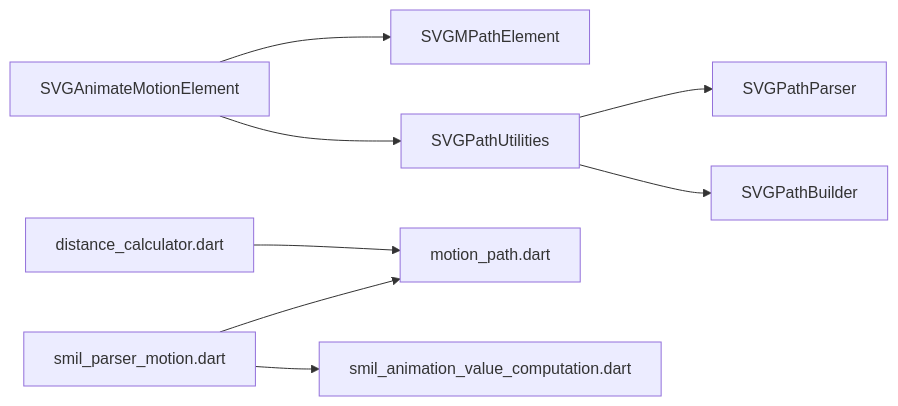
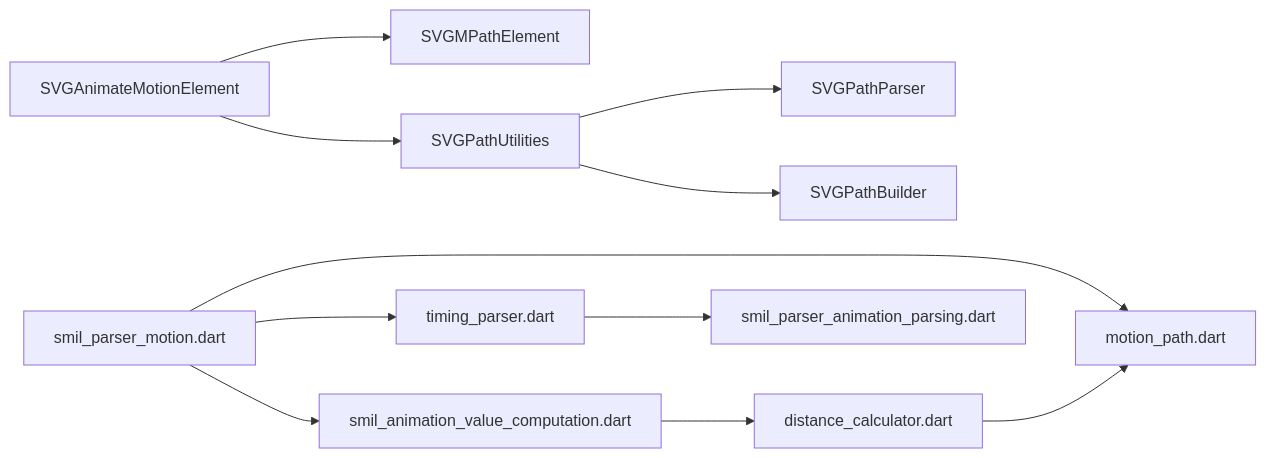
Before and after one commit to denisnadey/flutter_full_svg_support: the seventh of 7 diagrams in .qoder/repowiki/en/content/Animated SVG Support/SMIL Animation Specification/SMIL Motion Animation.md, drawn with Mermaid. The commit also changed other lines of this file and 20 other files, not shown here.

````diff
--- a/.qoder/repowiki/en/content/Animated SVG Support/SMIL Animation Specification/SMIL Motion Animation.md
+++ b/.qoder/repowiki/en/content/Animated SVG Support/SMIL Animation Specification/SMIL Motion Animation.md
@@ -353,10 +468,13 @@
 ```mermaid
 graph LR
 AM["SVGAnimateMotionElement"] --> MP["SVGMPathElement"]
 AM --> PU["SVGPathUtilities"]
 PU --> PP["SVGPathParser"]
 PU --> PB["SVGPathBuilder"]
 DParser["smil_parser_motion.dart"] --> DPath["motion_path.dart"]
 DParser --> DComp["smil_animation_value_computation.dart"]
-DDist["distance_calculator.dart"] --> DPath
+DParser --> DTiming["timing_parser.dart"]
+DComp --> DDist["distance_calculator.dart"]
+DTiming --> STP["smil_parser_animation_parsing.dart"]
+DDist --> DPath
 ```
````
